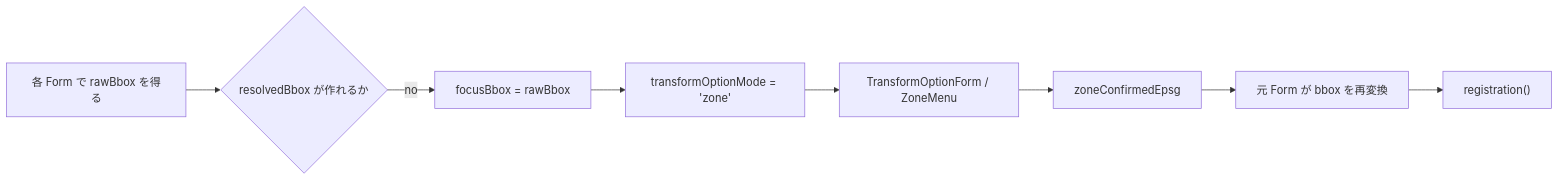
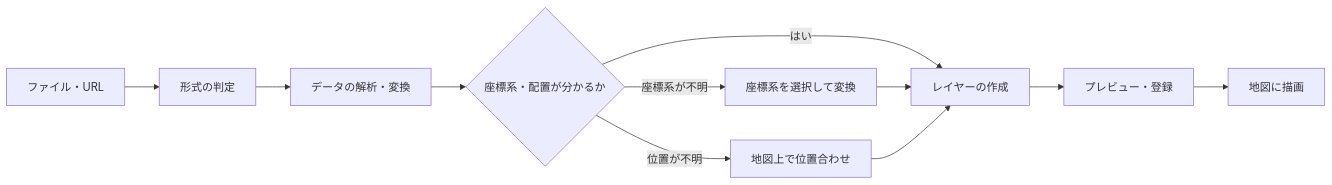
The diagram in docs/data-pipeline.md (forestacdev/morivis), drawn with Mermaid before and after one commit. The commit also changed other lines of this file and 55 other files, not shown here.

````diff
--- a/docs/data-pipeline.md
+++ b/docs/data-pipeline.md
@@ -302,10 +8,13 @@
 ```mermaid
 flowchart LR
-	A["各 Form で rawBbox を得る"] --> B{"resolvedBbox が作れるか"}
-	B -- no --> C["focusBbox = rawBbox"]
-	C --> D["transformOptionMode = 'zone'"]
-	D --> E["TransformOptionForm / ZoneMenu"]
-	E --> F["zoneConfirmedEpsg"]
-	F --> G["元 Form が bbox を再変換"]
-	G --> H["registration()"]
+    A["ファイル・URL"] --> B["形式の判定"]
+    B --> C["データの解析・変換"]
+    C --> D{"座標系・配置が分かるか"}
+    D -- はい --> G["レイヤーの作成"]
+    D -- 座標系が不明 --> E["座標系を選択して変換"]
+    D -- 位置が不明 --> F["地図上で位置合わせ"]
+    E --> G
+    F --> G
+    G --> H["プレビュー・登録"]
+    H --> I["地図に描画"]
 ```
````
